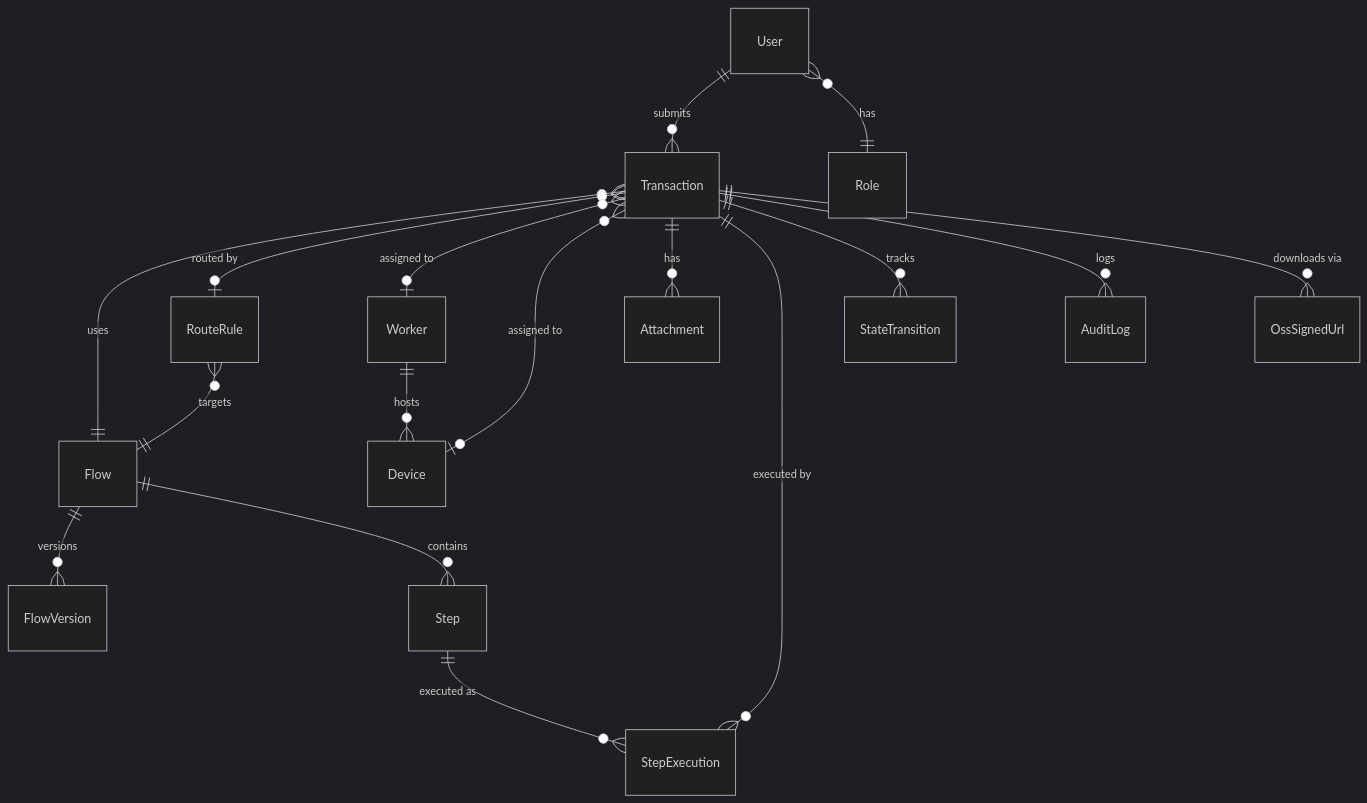
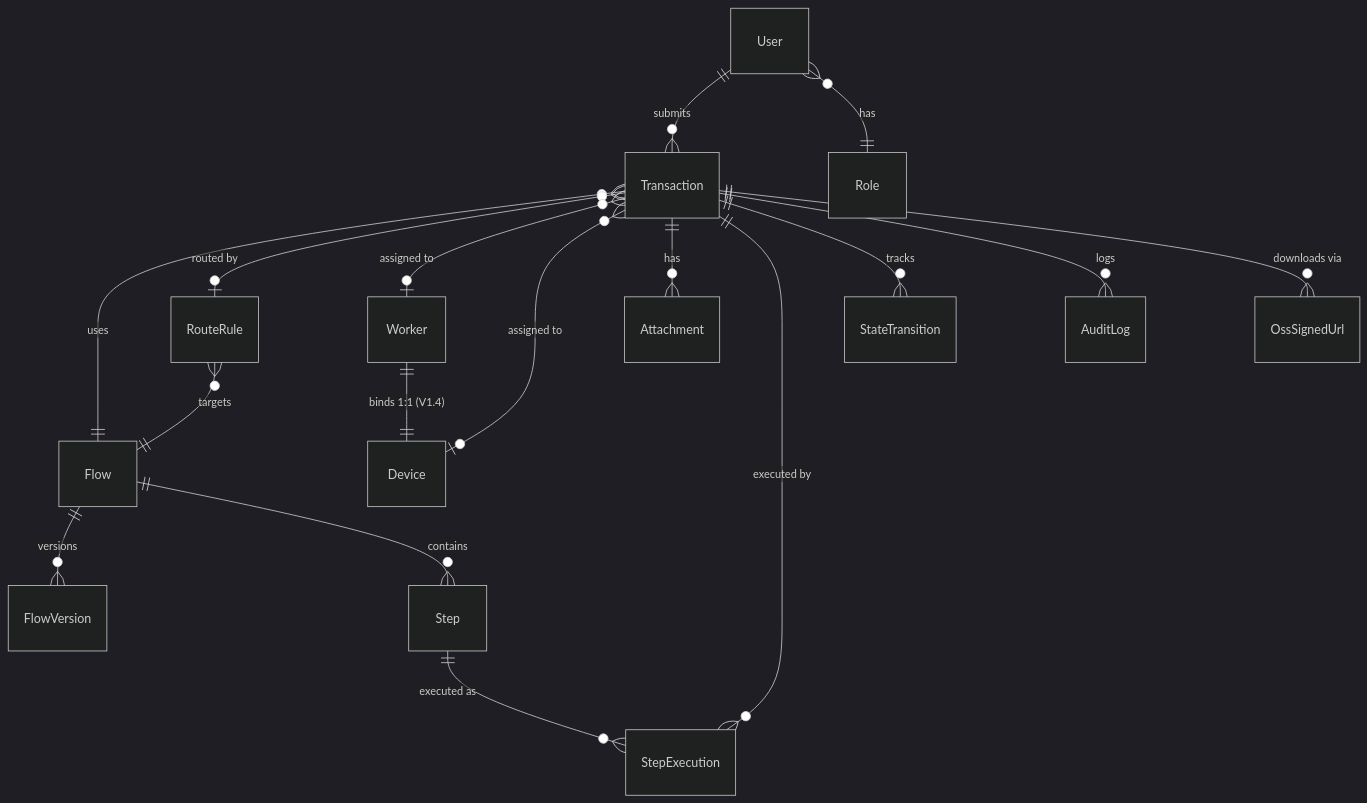
The diagram in docs/superpowers/specs/2026-06-05-prd-design.md (felix-tian-77/3IS-Auto-App), drawn with Mermaid (dark theme) before and after one commit. The commit also changed other lines of this file and 1 other file, not shown here.

First line of the commit message:
docs(PRD): upgrade to V1.4 with 4 architectural changes

````diff
--- a/docs/superpowers/specs/2026-06-05-prd-design.md
+++ b/docs/superpowers/specs/2026-06-05-prd-design.md
@@ -1025,19 +1234,19 @@
 ```mermaid
 erDiagram
     User ||--o{ Transaction : submits
     User }o--|| Role : has
     Transaction }o--|| Flow : uses
     Transaction }o--o| RouteRule : "routed by"
     RouteRule }o--|| Flow : targets
     Transaction }o--o| Worker : "assigned to"
     Transaction }o--o| Device : "assigned to"
     Transaction ||--o{ Attachment : has
     Transaction ||--o{ StepExecution : "executed by"
     Transaction ||--o{ StateTransition : tracks
     Transaction ||--o{ AuditLog : logs
     Transaction ||--o{ OssSignedUrl : "downloads via"
     Flow ||--o{ FlowVersion : versions
     Flow ||--o{ Step : contains
     Step ||--o{ StepExecution : "executed as"
-    Worker ||--o{ Device : hosts
+    Worker ||--|| Device : "binds 1:1 (V1.4)"
 ```
````
